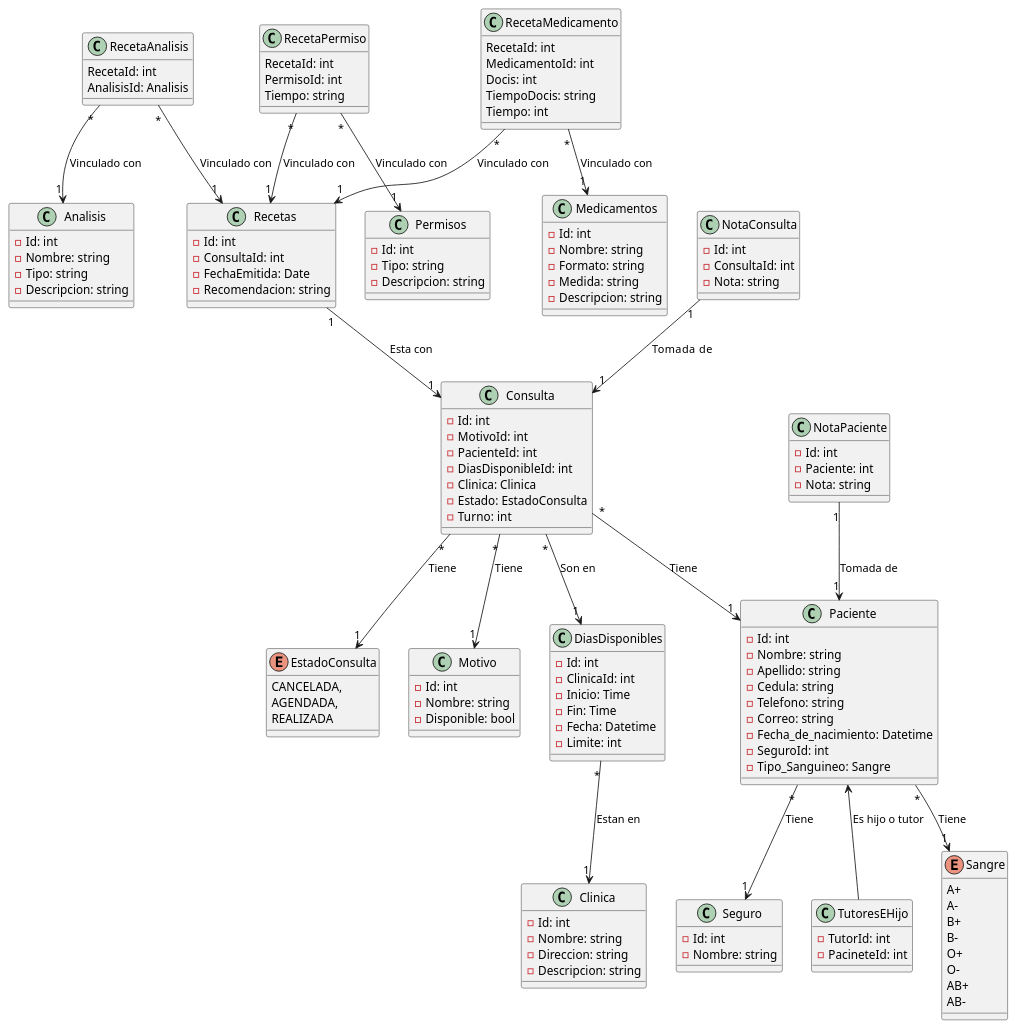
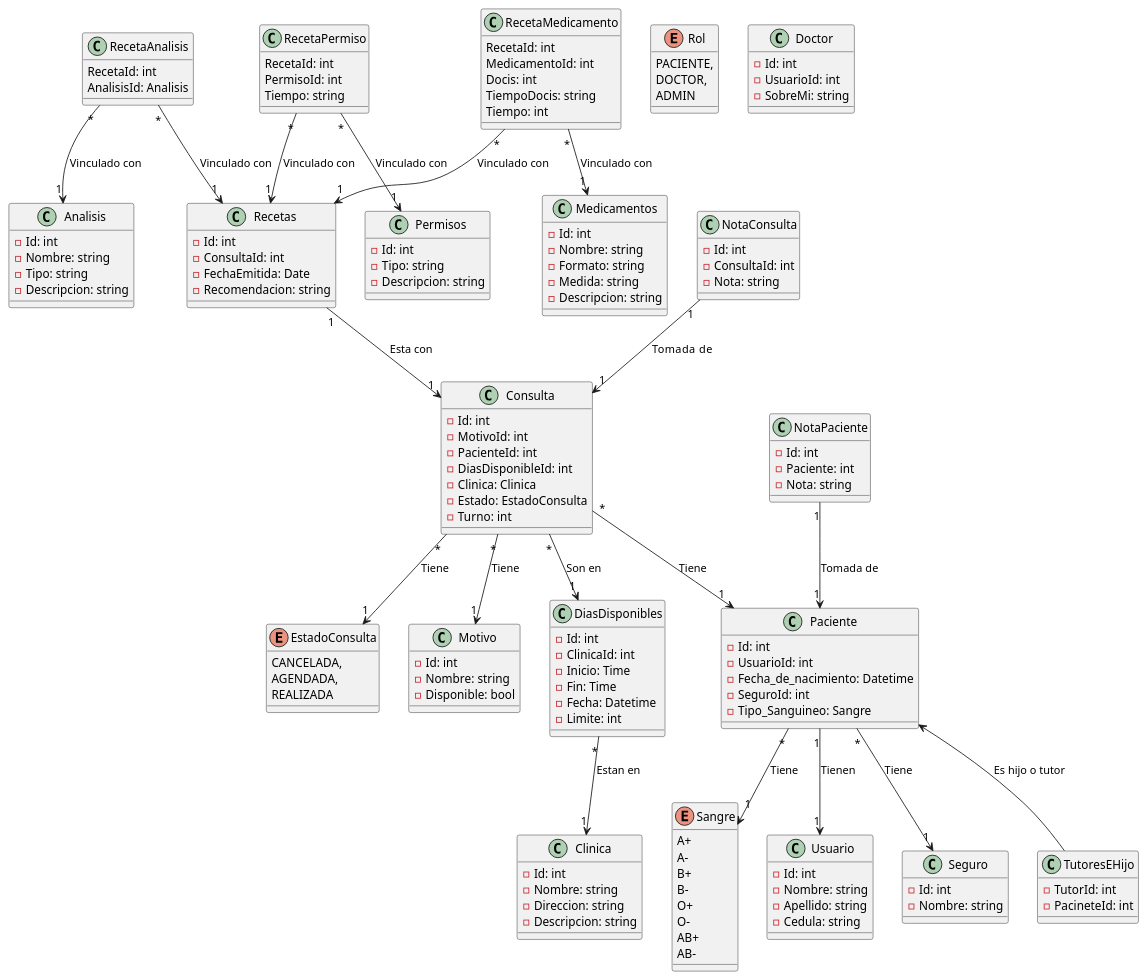
Before and after one commit to crhistian-bytebrisa/ITLA-Programing-2-HomeWork: the diagram in Projects/Final Project/Documentation/Diagrams/Diagrama de clases.plantuml, drawn with PlantUML. The commit also changed 16 other files, not shown here.

```diff
--- a/Projects/Final Project/Documentation/Diagrams/Diagrama de clases.plantuml
+++ b/Projects/Final Project/Documentation/Diagrams/Diagrama de clases.plantuml
@@ -1,153 +1,170 @@
 @startuml
 
 ' Clases principales
-class Paciente {
+class Usuario {
     -Id: int
     -Nombre: string
     -Apellido: string
     -Cedula: string
-    -Telefono: string
-    -Correo: string
+}
+
+enum Rol {
+    PACIENTE,
+    DOCTOR,
+    ADMIN
+}
+
+class Paciente {
+    -Id: int
+    -UsuarioId: int
     -Fecha_de_nacimiento: Datetime 
     -SeguroId: int
     -Tipo_Sanguineo: Sangre
+}
+
+class Doctor {
+    -Id: int
+    -UsuarioId: int
+    -SobreMi: string
 }
 
 class Seguro {
     -Id: int
     -Nombre: string
 }
 
 class TutoresEHijo
 {
     -TutorId: int
     -PacineteId: int
 }
 
 class Motivo{
     -Id: int
     -Nombre: string
     -Disponible: bool
 }
 
 class Clinica {
     -Id: int 
     -Nombre: string
     -Direccion: string
     -Descripcion: string
 }
 
 class DiasDisponibles {
     -Id: int
     -ClinicaId: int 
     -Inicio: Time
     -Fin: Time 
     -Fecha: Datetime
     -Limite: int
 }
 
 class Consulta{
     -Id: int
     -MotivoId: int 
     -PacienteId: int
     -DiasDisponibleId: int
     -Clinica: Clinica
     -Estado: EstadoConsulta
     -Turno: int
 }
 
 class Recetas {
     -Id: int
     -ConsultaId: int
     -FechaEmitida: Date
     -Recomendacion: string
 }
 
 class Permisos {
     -Id: int 
     -Tipo: string
     -Descripcion: string
 }
 
 class Medicamentos {
     -Id: int
     -Nombre: string
     -Formato: string
     -Medida: string
     -Descripcion: string
 }
 
 class Analisis {
     -Id: int 
     -Nombre: string
     -Tipo: string
     -Descripcion: string
 }
 
 class RecetaAnalisis{
     RecetaId: int
     AnalisisId: Analisis
 }
 
 class RecetaMedicamento {
     RecetaId: int
     MedicamentoId: int
     Docis: int
     TiempoDocis: string
     Tiempo: int
 }
 
 class RecetaPermiso {
     RecetaId: int
     PermisoId: int
     Tiempo: string
 }
 
 class NotaConsulta {
     -Id: int
     -ConsultaId: int
     -Nota: string 
 }
 
 class NotaPaciente {
     -Id: int
     -Paciente: int
     -Nota: string
 }
 
+
 enum Sangre{
     A+
     A-
     B+
     B-
     O+
     O-
     AB+
     AB-
 }
 
 enum EstadoConsulta{
     CANCELADA,
     AGENDADA,
     REALIZADA
 }
 
 ' Relaciones
 Paciente  <-- TutoresEHijo : Es hijo o tutor
 Paciente "*" --> "1" Seguro : Tiene 
 Paciente "*" --> "1" Sangre : Tiene
 Consulta "*" --> "1" Motivo : Tiene
 Consulta "*" -->  "1" EstadoConsulta : Tiene
 Consulta "*" --> "1" Paciente : Tiene
 Consulta "*" --> "1" DiasDisponibles : Son en  
 NotaConsulta "1" --> "1" Consulta : Tomada  de
 NotaPaciente "1" --> "1" Paciente : Tomada de
 DiasDisponibles "*" --> "1" Clinica : Estan en
 Recetas "1" --> "1" Consulta : Esta con
 RecetaAnalisis "*" --> "1" Recetas : Vinculado con
 RecetaAnalisis "*" --> "1" Analisis : Vinculado con
 RecetaMedicamento "*" --> "1" Recetas : Vinculado con
 RecetaMedicamento "*" --> "1" Medicamentos : Vinculado con
 RecetaPermiso "*" --> "1" Recetas : Vinculado con
 RecetaPermiso "*" --> "1" Permisos : Vinculado con
+Paciente "1" --> "1" Usuario : Tienen
 @enduml
```
